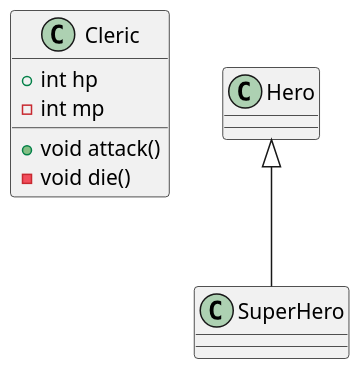
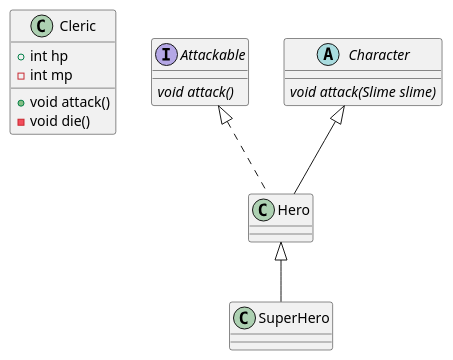
Before and after one commit to SurvivalCodingCampus/sesac7_dart_study: the diagram in lib/game.puml, drawn with PlantUML. The commit also changed 17 other files, not shown here.

```diff
--- a/lib/game.puml
+++ b/lib/game.puml
@@ -1,17 +1,30 @@
 @startuml
-scale 1.5
 
 class Cleric{
    + int hp
    - int mp
 
    + void attack()
    - void die()
 }
 
-class Hero{
+interface Attackable{
+    {abstract} void attack()
+}
+
+interface Attackable{
+}
+
+abstract class Character{
+    {abstract} void attack(Slime slime)
+}
+
+class Hero extends Character implements Attackable{
 }
 
 class SuperHero extends Hero{
 }
+
+
+
 @enduml
```
